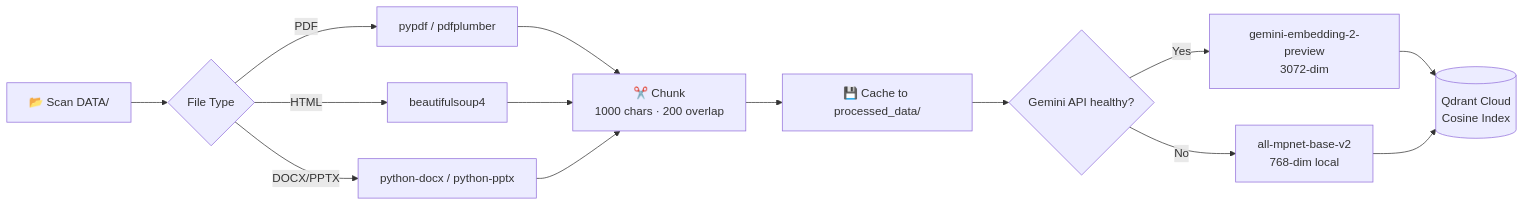
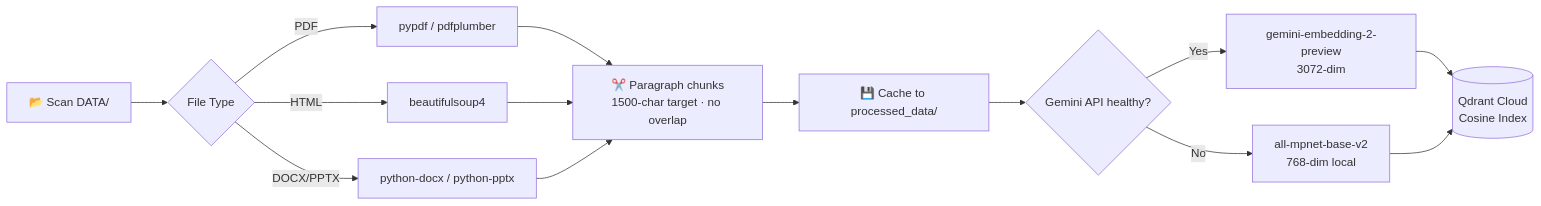
Before and after one commit to kingspy89/production-advance-rag: the second of 2 diagrams in README.md, drawn with Mermaid. The commit also changed other lines of this file, not shown here.

````diff
--- a/README.md
+++ b/README.md
@@ -155,13 +182,13 @@
 ```mermaid
 flowchart LR
     A[📂 Scan DATA/] --> B{File Type}
     B -- PDF --> C[pypdf / pdfplumber]
     B -- HTML --> D[beautifulsoup4]
     B -- DOCX/PPTX --> E[python-docx / python-pptx]
-    C & D & E --> F[✂️ Chunk<br/>1000 chars · 200 overlap]
+    C & D & E --> F[✂️ Paragraph chunks<br/>1500-char target · no overlap]
     F --> G[💾 Cache to processed_data/]
     G --> H{Gemini API healthy?}
     H -- Yes --> I[gemini-embedding-2-preview<br/>3072-dim]
     H -- No --> J[all-mpnet-base-v2<br/>768-dim local]
     I & J --> K[(Qdrant Cloud<br/>Cosine Index)]
 ```
````
